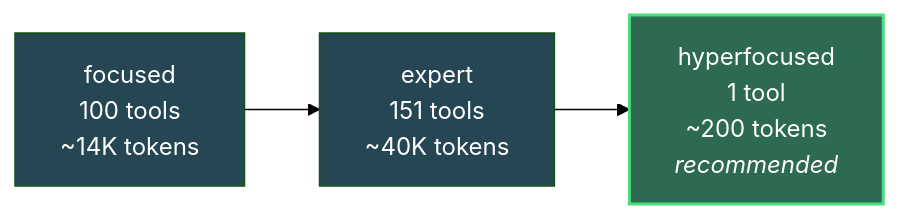
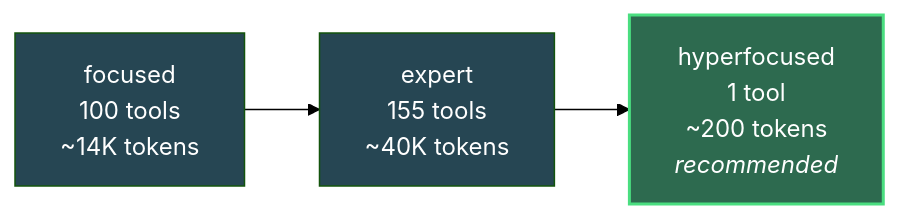
One commit to SkvallKu/vibing-steampunk changed the third of 3 diagrams in README.md. Above: the diagram before and after it, drawn with Mermaid (forest theme). The commit also changed other lines of this file and 10 other files, not shown here.

````diff
--- a/README.md
+++ b/README.md
@@ -1534,8 +1534,8 @@
 ```mermaid
 graph LR
-    F["focused<br/>100 tools<br/>~14K tokens"] --> E["expert<br/>151 tools<br/>~40K tokens"]
+    F["focused<br/>100 tools<br/>~14K tokens"] --> E["expert<br/>155 tools<br/>~40K tokens"]
     E --> H["hyperfocused<br/>1 tool<br/>~200 tokens<br/><i>recommended</i>"]
     style H fill:#2d6a4f,color:#fff,stroke:#4ade80,stroke-width:2px
     style F fill:#264653,color:#fff
     style E fill:#264653,color:#fff
 ```
````
